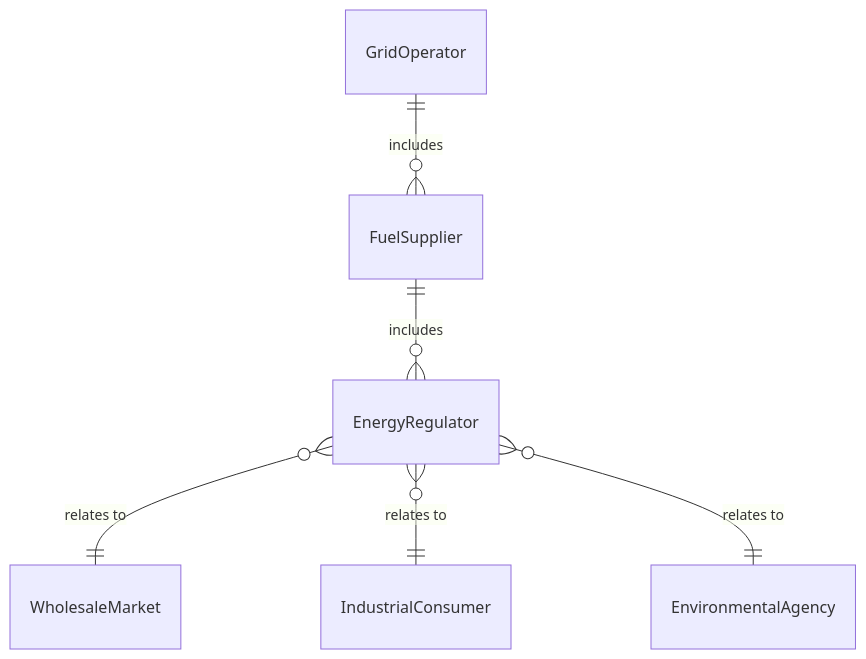
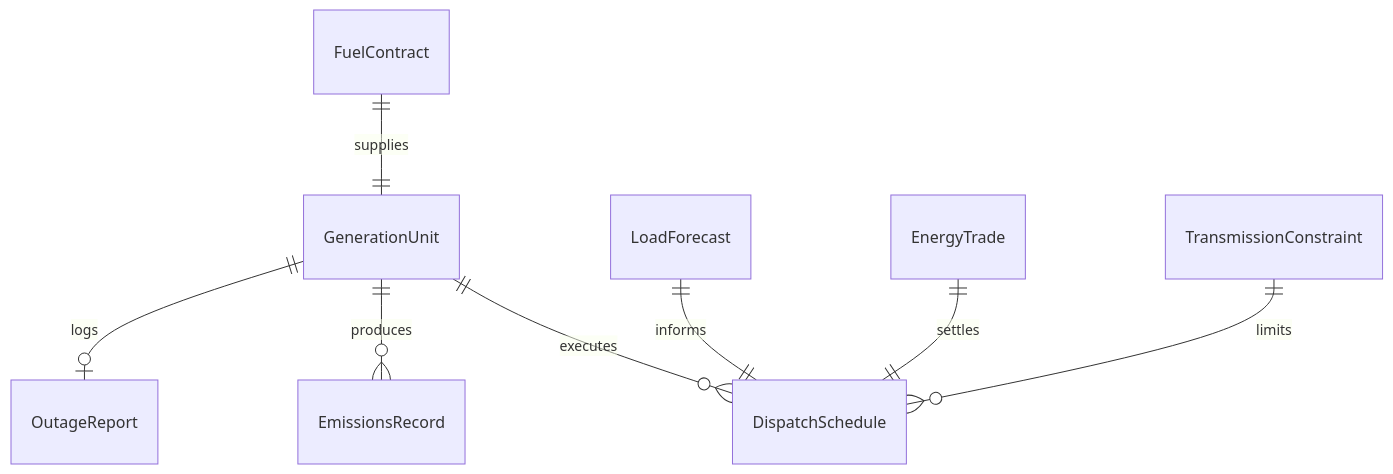
The first of 4 diagrams in GuidingDirectingAndMotivatingSubordinates/DirectOrganizationalOperationsActivitiesOrProcedures/DirectEnergyProductionManagementActivities.mdx (dot-org-ai/tasks.org.ai), drawn with Mermaid before and after one commit. The commit also changed other lines of this file and 515 other files, not shown here.

````diff
--- a/GuidingDirectingAndMotivatingSubordinates/DirectOrganizationalOperationsActivitiesOrProcedures/DirectEnergyProductionManagementActivities.mdx
+++ b/GuidingDirectingAndMotivatingSubordinates/DirectOrganizationalOperationsActivitiesOrProcedures/DirectEnergyProductionManagementActivities.mdx
@@ -94,8 +94,10 @@
 ```mermaid
 erDiagram
-    GridOperator ||--o{ FuelSupplier : includes
-    FuelSupplier ||--o{ EnergyRegulator : includes
-    EnergyRegulator }o--|| WholesaleMarket : "relates to"
-    EnergyRegulator }o--|| IndustrialConsumer : "relates to"
-    EnergyRegulator }o--|| EnvironmentalAgency : "relates to"
+    GenerationUnit ||--o{ DispatchSchedule : "executes"
+    FuelContract ||--|| GenerationUnit : "supplies"
+    GenerationUnit ||--o{ EmissionsRecord : "produces"
+    LoadForecast ||--|| DispatchSchedule : "informs"
+    GenerationUnit ||--o| OutageReport : "logs"
+    EnergyTrade ||--|| DispatchSchedule : "settles"
+    TransmissionConstraint ||--o{ DispatchSchedule : "limits"
 ```
````
